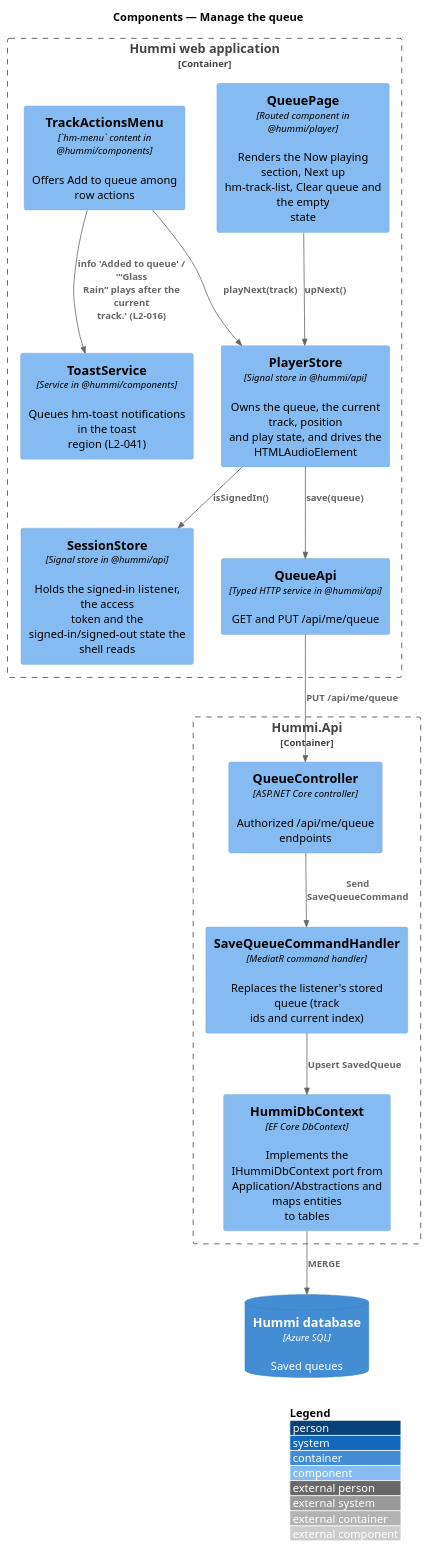
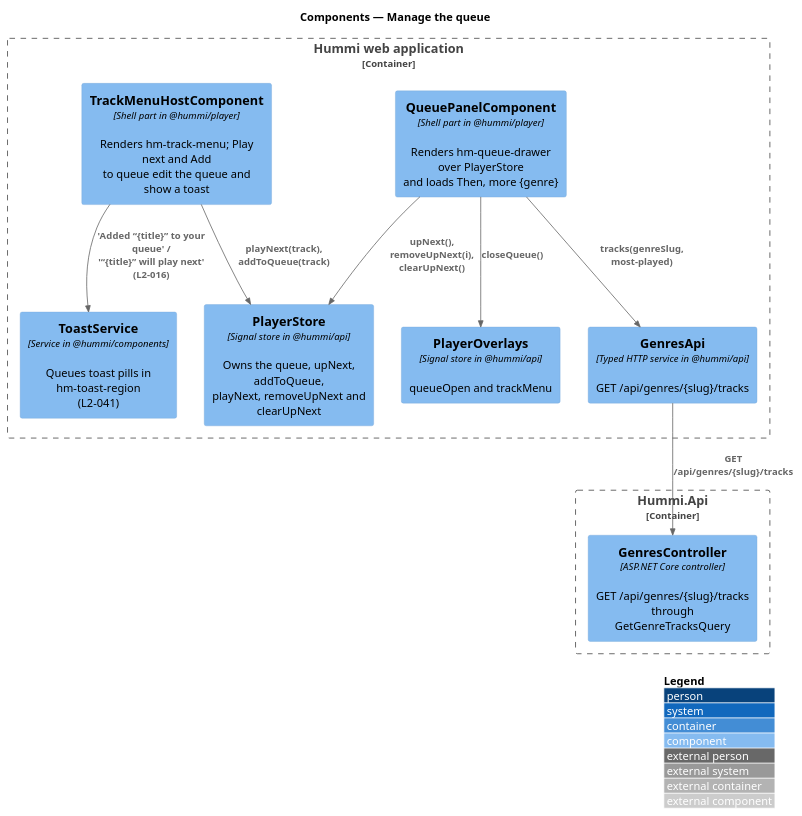
Before and after one commit to QuinntyneBrown/hummi: the diagram in docs/detailed-designs/playback/manage-queue/diagrams/c4-component.puml, drawn with PlantUML. The commit also changed 156 other files, not shown here.

First line of the commit message:
Control what plays next: Now playing, queue drawer, track menu and keyboard shortcuts

```diff
--- a/docs/detailed-designs/playback/manage-queue/diagrams/c4-component.puml
+++ b/docs/detailed-designs/playback/manage-queue/diagrams/c4-component.puml
@@ -1,29 +1,23 @@
 @startuml
 !include <C4/C4_Component>
 LAYOUT_WITH_LEGEND()
 title Components — Manage the queue
 
 Container_Boundary(spa, "Hummi web application") {
-  Component(page, "QueuePage", "Routed component in @hummi/player", "Renders the Now playing section, Next up\nhm-track-list, Clear queue and the empty\nstate")
-  Component(menu, "TrackActionsMenu", "`hm-menu` content in @hummi/components", "Offers Add to queue among row actions")
-  Component(player, "PlayerStore", "Signal store in @hummi/api", "Owns the queue, the current track, position\nand play state, and drives the\nHTMLAudioElement")
-  Component(toast, "ToastService", "Service in @hummi/components", "Queues hm-toast notifications in the toast\nregion (L2-041)")
-  Component(session, "SessionStore", "Signal store in @hummi/api", "Holds the signed-in listener, the access\ntoken and the signed-in/signed-out state the\nshell reads")
-  Component(client, "QueueApi", "Typed HTTP service in @hummi/api", "GET and PUT /api/me/queue")
+  Component(panel, "QueuePanelComponent", "Shell part in @hummi/player", "Renders hm-queue-drawer over PlayerStore\nand loads Then, more {genre}")
+  Component(host, "TrackMenuHostComponent", "Shell part in @hummi/player", "Renders hm-track-menu; Play next and Add\nto queue edit the queue and show a toast")
+  Component(player, "PlayerStore", "Signal store in @hummi/api", "Owns the queue, upNext, addToQueue,\nplayNext, removeUpNext and clearUpNext")
+  Component(overlays, "PlayerOverlays", "Signal store in @hummi/api", "queueOpen and trackMenu")
+  Component(toast, "ToastService", "Service in @hummi/components", "Queues toast pills in hm-toast-region\n(L2-041)")
+  Component(genres, "GenresApi", "Typed HTTP service in @hummi/api", "GET /api/genres/{slug}/tracks")
 }
 Container_Boundary(api, "Hummi.Api") {
-  Component(ctl, "QueueController", "ASP.NET Core controller", "Authorized /api/me/queue endpoints")
-  Component(cmd, "SaveQueueCommandHandler", "MediatR command handler", "Replaces the listener's stored queue (track\nids and current index)")
-  Component(ctx, "HummiDbContext", "EF Core DbContext", "Implements the IHummiDbContext port from\nApplication/Abstractions and maps entities\nto tables")
+  Component(ctl, "GenresController", "ASP.NET Core controller", "GET /api/genres/{slug}/tracks through\nGetGenreTracksQuery")
 }
-ContainerDb(db, "Hummi database", "Azure SQL", "Saved queues")
-Rel(menu, player, "playNext(track)")
-Rel(menu, toast, "info 'Added to queue' / '“Glass\nRain” plays after the current\ntrack.' (L2-016)")
-Rel(player, session, "isSignedIn()")
-Rel(player, client, "save(queue)")
-Rel(client, ctl, "PUT /api/me/queue")
-Rel(ctl, cmd, "Send SaveQueueCommand")
-Rel(cmd, ctx, "Upsert SavedQueue")
-Rel(ctx, db, "MERGE")
-Rel(page, player, "upNext()")
+Rel(host, player, "playNext(track), addToQueue(track)")
+Rel(host, toast, "'Added “{title}” to your queue' /\n'“{title}” will play next' (L2-016)")
+Rel(panel, player, "upNext(), removeUpNext(i), clearUpNext()")
+Rel(panel, overlays, "closeQueue()")
+Rel(panel, genres, "tracks(genreSlug, most-played)")
+Rel(genres, ctl, "GET /api/genres/{slug}/tracks")
 @enduml
```
